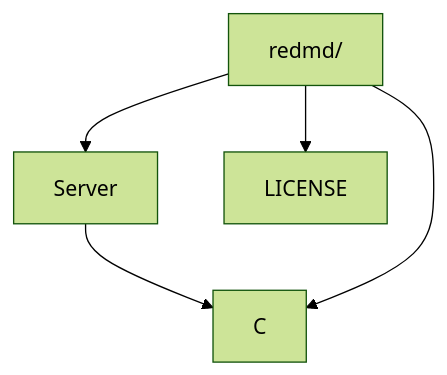
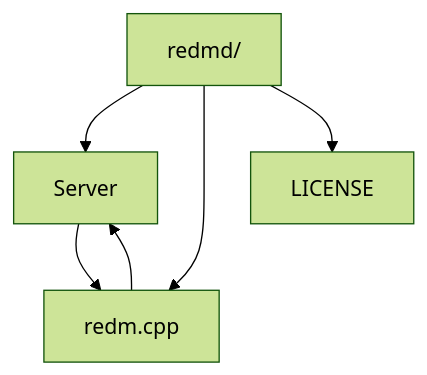
The diagram in README.md (Petrax21/RedmD), drawn with Mermaid (forest theme) before and after one commit. The commit also changed other lines of this file, not shown here.

````diff
--- a/README.md
+++ b/README.md
@@ -60,6 +60,6 @@
 ```mermaid
 graph TD
-    A[redmd/] --> B[Server] --> C
-    A --> C
+    A[redmd/] --> B[Server] --> C[redm.cpp]
+    A --> C[redm.cpp] --> B[Server]
     A --> D[LICENSE]
 ```
````
